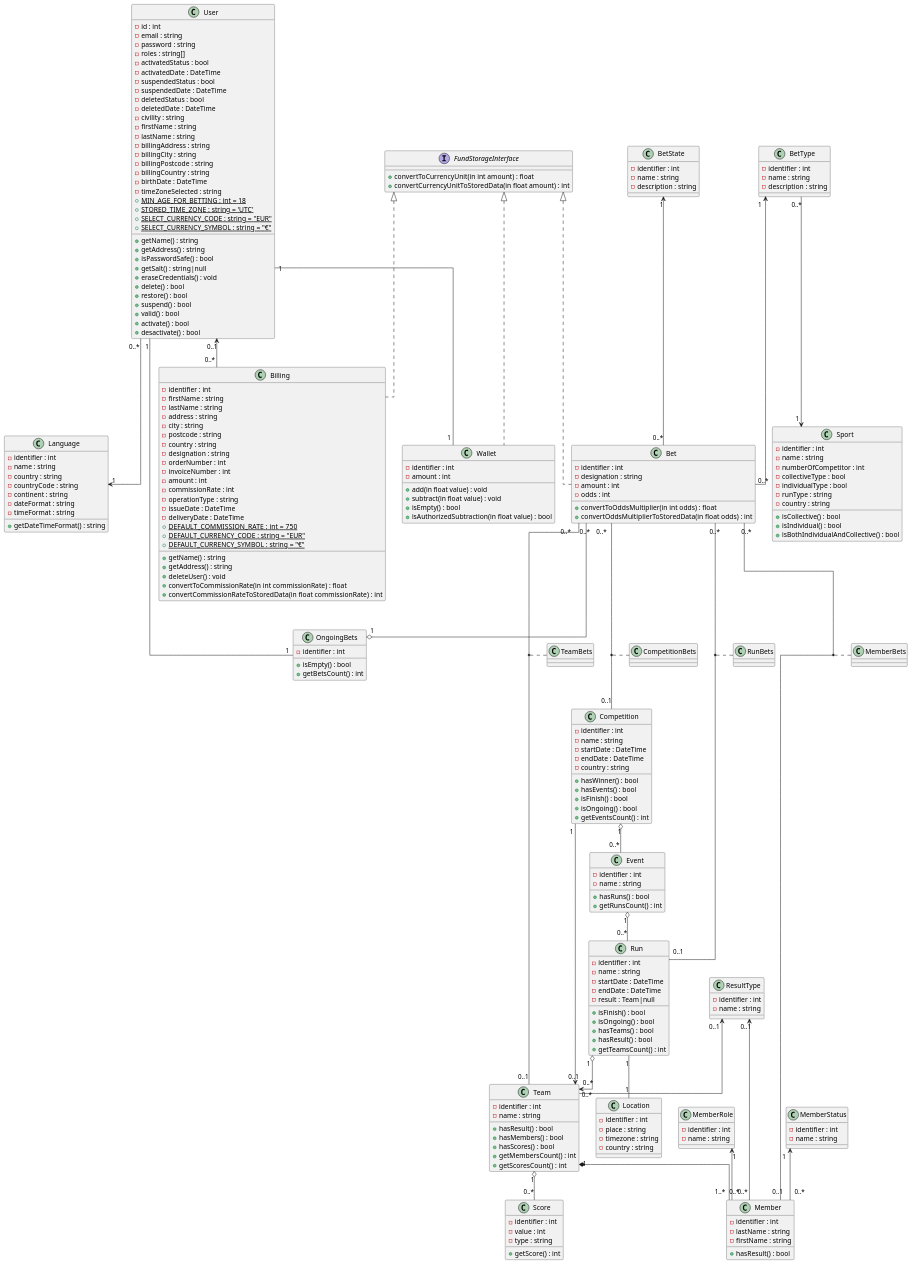
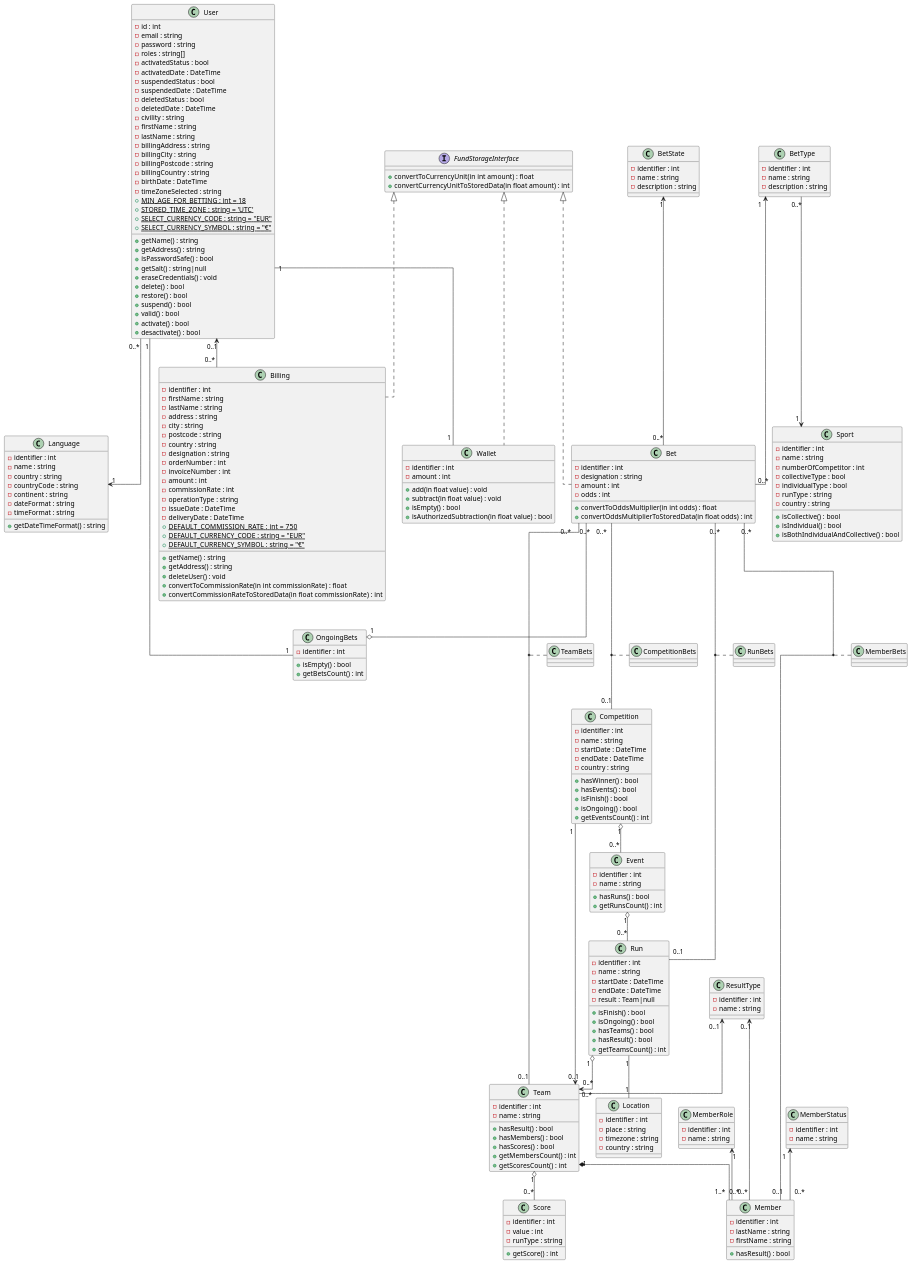
The diagram in docs/Uml/Diagramme_de_classe/Diagramme_de_classe.puml (OFP-CDA-Mulhouse-2020/parisportif5), drawn with PlantUML before and after one commit. The commit also changed 4 other files, not shown here.

Commit message:
2020-12-16 #1 : Ajout de l'entité Score testée et modifs apportées au fichier uml en conséquences

```diff
--- a/docs/Uml/Diagramme_de_classe/Diagramme_de_classe.puml
+++ b/docs/Uml/Diagramme_de_classe/Diagramme_de_classe.puml
@@ -246,7 +246,7 @@
     class Score {
         -identifier : int
         -value : int
-        -type : string
+        -runType : string
         +getScore() : int
     }
     'Joueur ou sportif ou pilote
```
